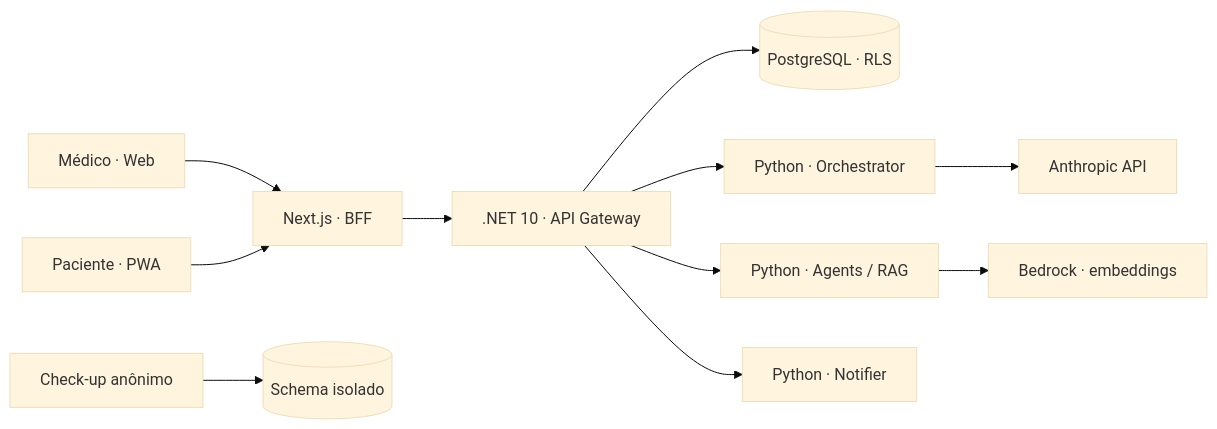
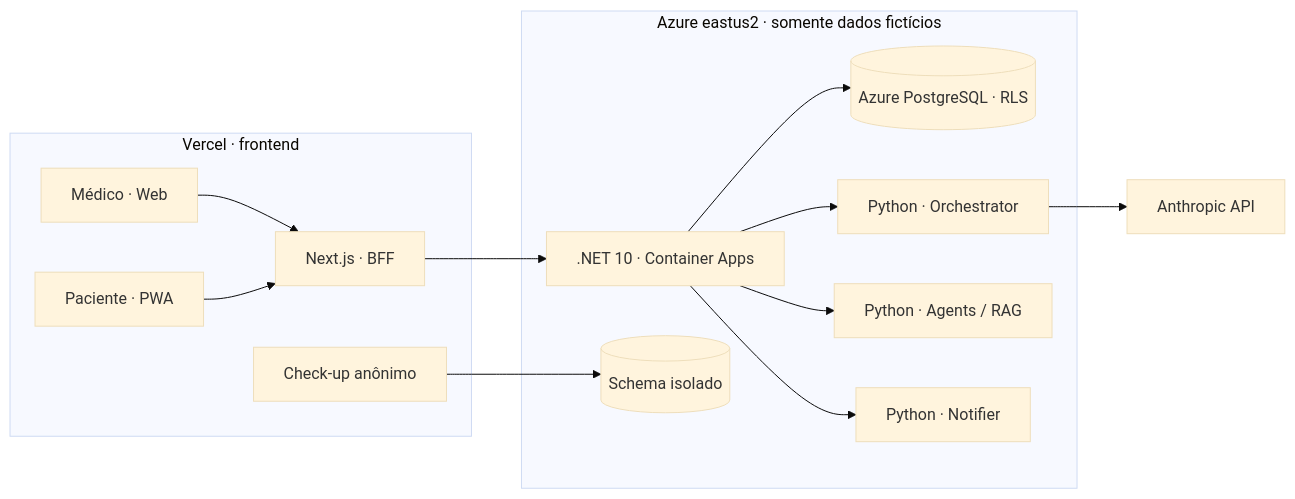
One commit to arinelliquebec/cerebro-amigo changed the diagram in README.pt-br.md. Above: the diagram before and after it, drawn with Mermaid (base theme). The commit also changed other lines of this file and 20 other files, not shown here.

First line of the commit message:
Alinha runtime público entre Azure e Vercel (#184)

````diff
--- a/README.pt-br.md
+++ b/README.pt-br.md
@@ -87,13 +99,17 @@
 ```mermaid
 flowchart LR
-    M["Médico · Web"] --> BFF["Next.js · BFF"]
-    P["Paciente · PWA"] --> BFF
-    BFF --> API[".NET 10 · API Gateway"]
-    API --> DB[("PostgreSQL · RLS")]
-    API --> ORC["Python · Orchestrator"]
-    API --> AGT["Python · Agents / RAG"]
-    API --> NOT["Python · Notifier"]
+    subgraph V["Vercel · frontend"]
+      M["Médico · Web"] --> BFF["Next.js · BFF"]
+      P["Paciente · PWA"] --> BFF
+      C["Check-up anônimo"]
+    end
+    subgraph A["Azure eastus2 · somente dados fictícios"]
+      BFF --> API[".NET 10 · Container Apps"]
+      API --> DB[("Azure PostgreSQL · RLS")]
+      API --> ORC["Python · Orchestrator"]
+      API --> AGT["Python · Agents / RAG"]
+      API --> NOT["Python · Notifier"]
+      C --> CDB[("Schema isolado")]
+    end
     ORC --> LLM["Anthropic API"]
-    AGT --> EMB["Bedrock · embeddings"]
-    C["Check-up anônimo"] --> CDB[("Schema isolado")]
 ```
````
